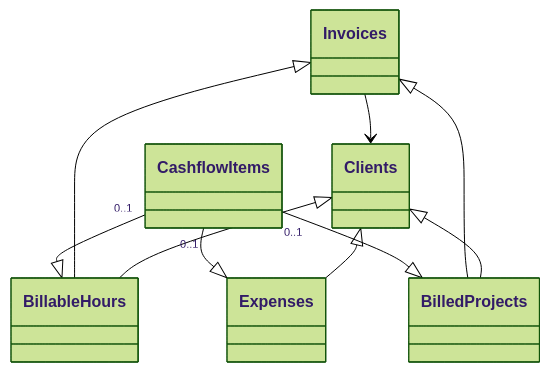
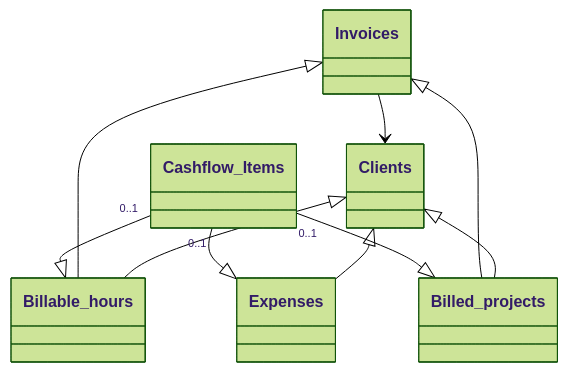
One commit to MartinMalinda/airtable-invoicing-base-docs changed the diagram in docs/index.md. Above: the diagram before and after it, drawn with Mermaid (forest theme). The commit also changed other lines of this file and 14 other files, not shown here.

````diff
--- a/docs/index.md
+++ b/docs/index.md
@@ -15,14 +17,14 @@
 ```mermaid
 classDiagram
-  Clients           <|-- BillableHours
-  Clients           <|-- BilledProjects
+  Clients           <|-- Billable_hours
+  Clients           <|-- Billed_projects
   Clients           <|-- Expenses
 
   Invoices          --> Clients
-  Invoices          <|-- BillableHours
-  Invoices          <|-- BilledProjects
+  Invoices          <|-- Billable_hours
+  Invoices          <|-- Billed_projects
 
-  CashflowItems     "0..1" --|> BillableHours
-  CashflowItems     "0..1" --|> BilledProjects
-  CashflowItems     "0..1" --|> Expenses
+  Cashflow_Items     "0..1" --|> Billable_hours
+  Cashflow_Items     "0..1" --|> Billed_projects
+  Cashflow_Items     "0..1" --|> Expenses
 ```
````
